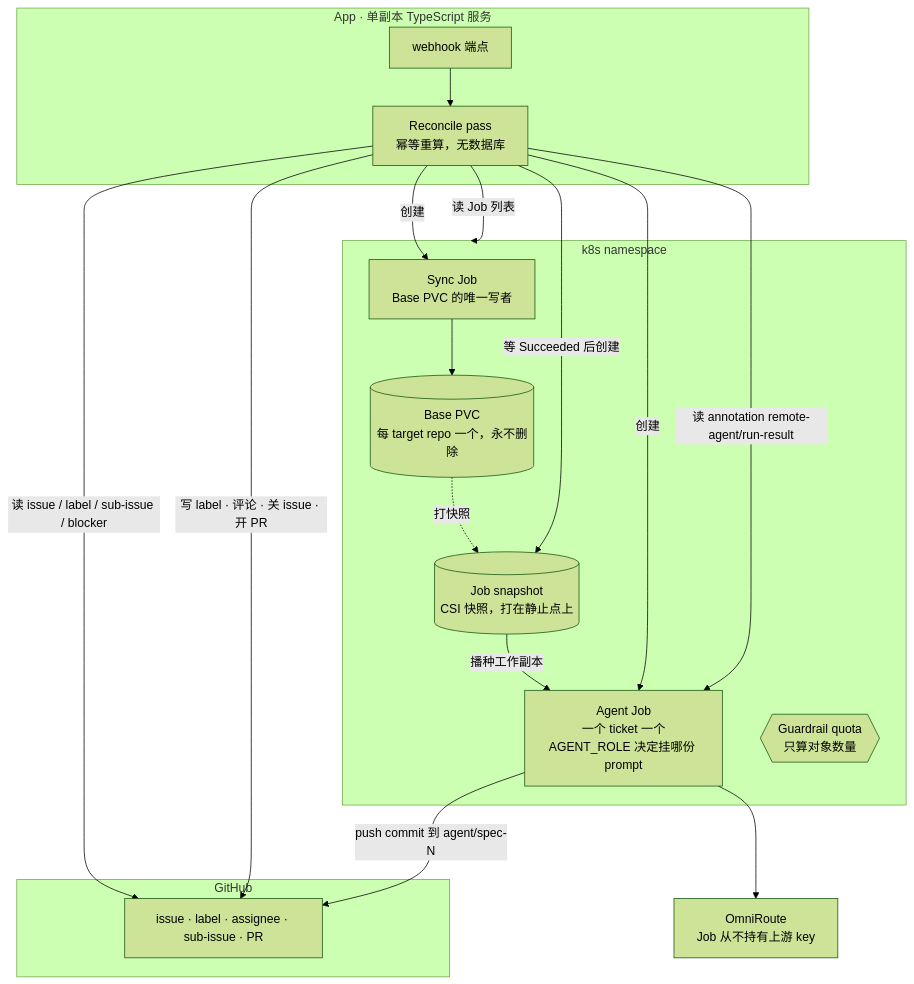
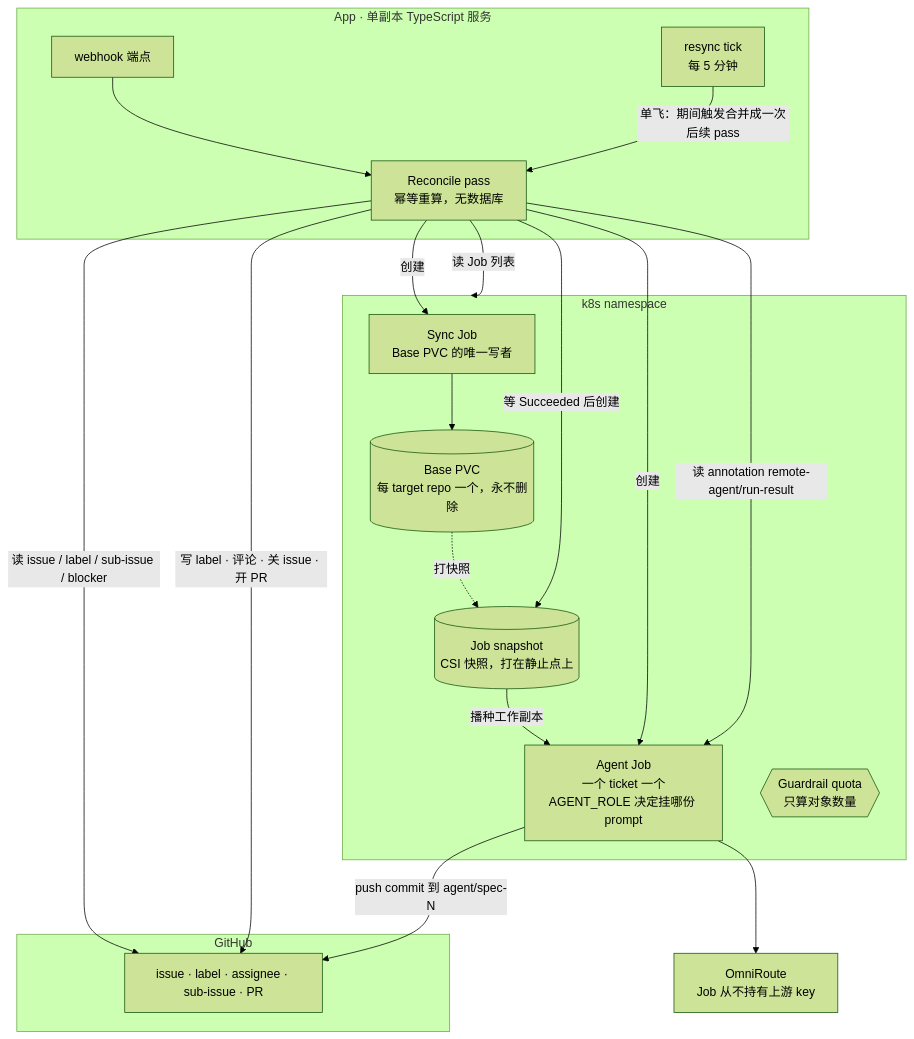
Before and after one commit to 2017fighting/remote-agent: the first of 9 diagrams in docs/architecture.md, drawn with Mermaid (forest theme). The commit also changed other lines of this file and 4 other files, not shown here.

Commit message:
docs: pin the wake surface — webhook / job watch / 5-min resync tick (ADR-0014) (#26)

````diff
--- a/docs/architecture.md
+++ b/docs/architecture.md
@@ -11,35 +11,37 @@
 ```mermaid
 flowchart TB
     subgraph GH["GitHub"]
         Issues["issue · label · assignee · sub-issue · PR"]
     end
 
     subgraph AppSvc["App · 单副本 TypeScript 服务"]
         Hook["webhook 端点"]
+        Timer["resync tick<br/>每 5 分钟"]
         Recon["Reconcile pass<br/>幂等重算，无数据库"]
     end
 
     subgraph NS["k8s namespace"]
         Sync["Sync Job<br/>Base PVC 的唯一写者"]
         Base[("Base PVC<br/>每 target repo 一个，永不删除")]
         Snap[("Job snapshot<br/>CSI 快照，打在静止点上")]
         Agent["Agent Job<br/>一个 ticket 一个<br/>AGENT_ROLE 决定挂哪份 prompt"]
         GQ{{"Guardrail quota<br/>只算对象数量"}}
         Sync --> Base
         Base -.->|"打快照"| Snap
         Snap -->|"播种工作副本"| Agent
     end
 
     Route["OmniRoute<br/>Job 从不持有上游 key"]
 
     Hook --> Recon
+    Timer -->|单飞：期间触发合并成一次后续 pass| Recon
     Recon -->|"读 issue / label / sub-issue / blocker"| Issues
     Recon -->|"读 Job 列表"| NS
     Recon -->|"写 label · 评论 · 关 issue · 开 PR"| Issues
     Recon -->|"创建"| Sync
     Recon -->|"等 Succeeded 后创建"| Snap
     Recon -->|"创建"| Agent
     Recon -->|"读 annotation remote-agent/run-result"| Agent
     Agent -->|"push commit 到 agent/spec-N"| Issues
     Agent --> Route
 ```
````
